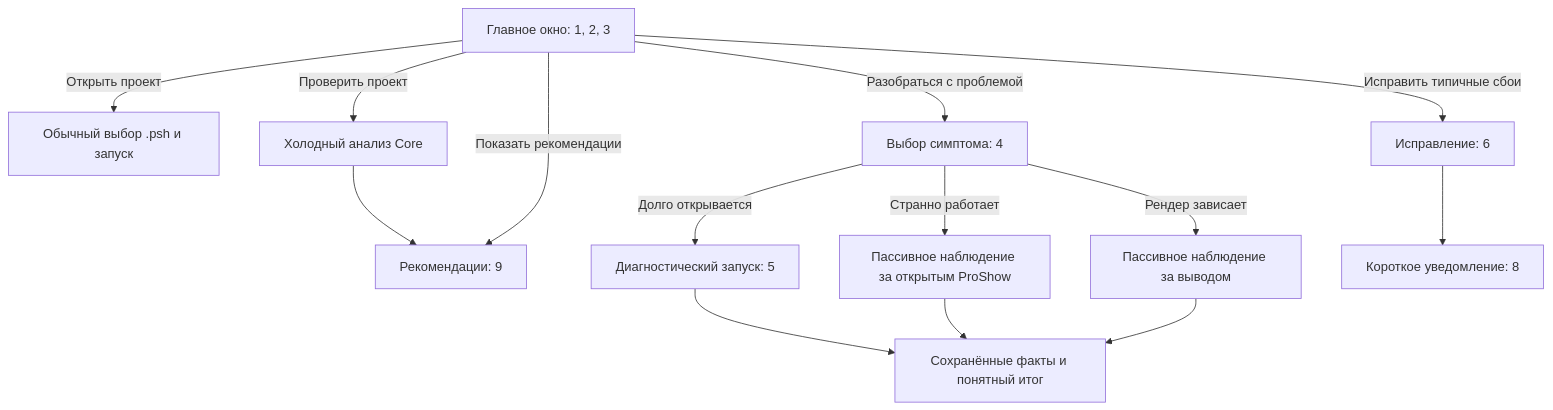
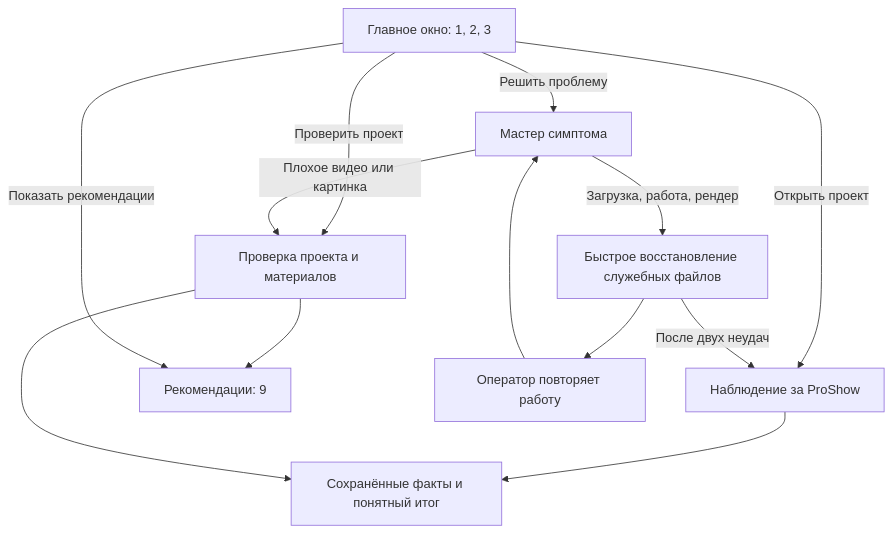
The diagram in design/field-ui/README.md (qSerj/Doctor), drawn with Mermaid before and after one commit. The commit also changed other lines of this file and 7 other files, not shown here.

Commit message:
реализовать мастер решения проблем ProShow

````diff
--- a/design/field-ui/README.md
+++ b/design/field-ui/README.md
@@ -29,16 +29,15 @@
 ```mermaid
 flowchart TD
     M[Главное окно: 1, 2, 3] -->|Открыть проект| O[Обычный выбор .psh и запуск]
     M -->|Проверить проект| C[Холодный анализ Core]
     C --> R[Рекомендации: 9]
     M -->|Показать рекомендации| R
-    M -->|Разобраться с проблемой| S[Выбор симптома: 4]
-    S -->|Долго открывается| L[Диагностический запуск: 5]
-    S -->|Странно работает| A[Пассивное наблюдение за открытым ProShow]
-    S -->|Рендер зависает| V[Пассивное наблюдение за выводом]
-    M -->|Исправить типичные сбои| H[Исправление: 6]
-    L --> F[Сохранённые факты и понятный итог]
-    A --> F
-    V --> F
-    H --> N[Короткое уведомление: 8]
+    M -->|Решить проблему| S[Мастер симптома]
+    S -->|Загрузка, работа, рендер| H[Быстрое восстановление служебных файлов]
+    S -->|Плохое видео или картинка| C[Проверка проекта и материалов]
+    H -->|После двух неудач| O[Наблюдение за ProShow]
+    H --> N[Оператор повторяет работу]
+    N --> S
+    O --> F[Сохранённые факты и понятный итог]
+    C --> F
 ```
````
